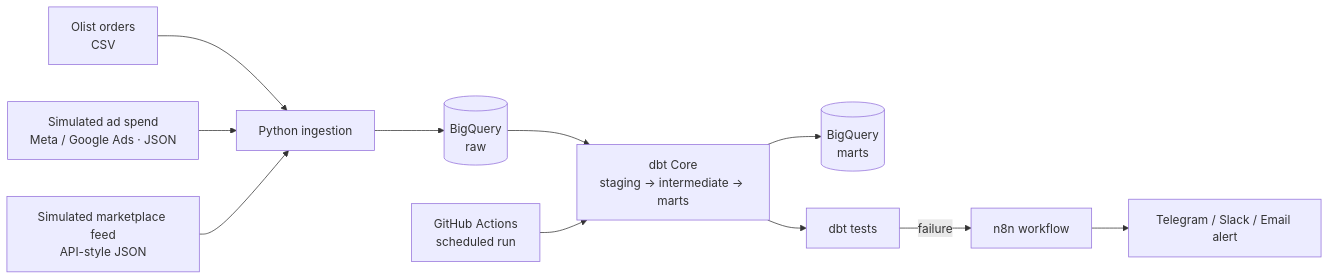
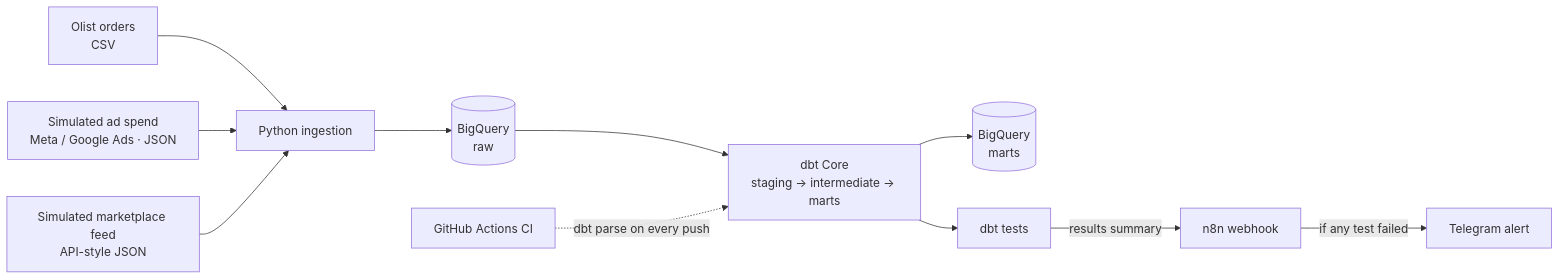
Before and after one commit to mykurena/ecommerce-data-pipeline: the diagram in README.md, drawn with Mermaid. The commit also changed other lines of this file and 7 other files, not shown here.

````diff
--- a/README.md
+++ b/README.md
@@ -17,13 +19,13 @@
 ```mermaid
 flowchart LR
     A[Olist orders<br/>CSV] --> D[Python ingestion]
     B[Simulated ad spend<br/>Meta / Google Ads · JSON] --> D
     C[Simulated marketplace feed<br/>API-style JSON] --> D
     D --> E[(BigQuery<br/>raw)]
     E --> F[dbt Core<br/>staging → intermediate → marts]
     F --> G[(BigQuery<br/>marts)]
     F --> H[dbt tests]
-    H -->|failure| I[n8n workflow]
-    I --> J[Telegram / Slack / Email alert]
-    K[GitHub Actions<br/>scheduled run] --> F
+    H -->|results summary| I[n8n webhook]
+    I -->|if any test failed| J[Telegram alert]
+    K[GitHub Actions CI] -.->|dbt parse on every push| F
 ```
````
